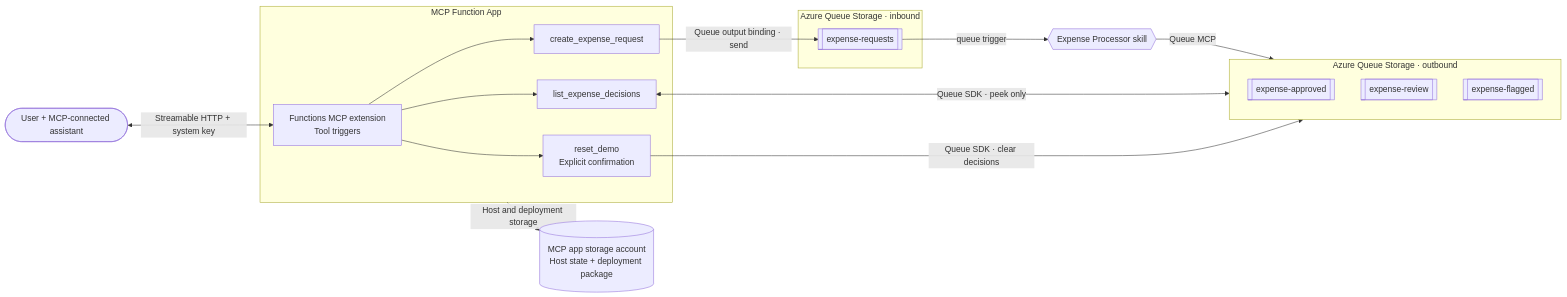
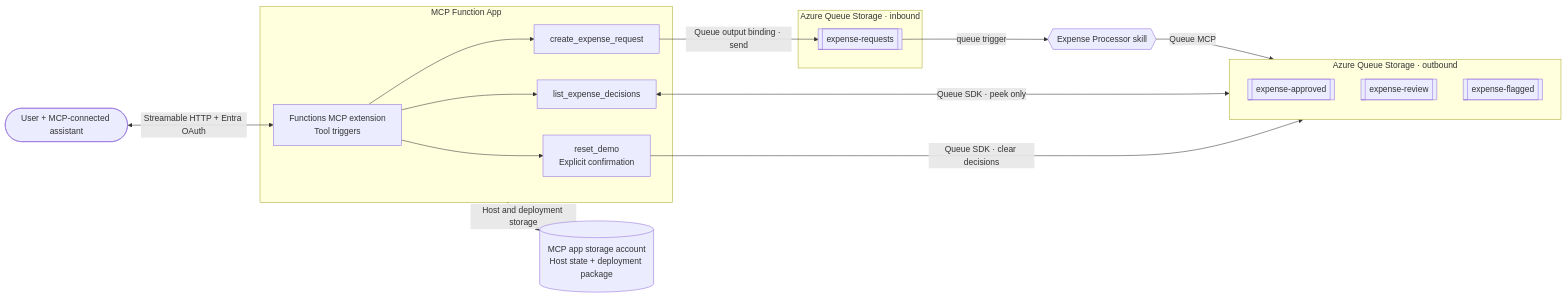
Before and after one commit to Azure-Samples/expense-processor: the diagram in docs/mcp.md, drawn with Mermaid. The commit also changed other lines of this file and 15 other files, not shown here.

````diff
--- a/docs/mcp.md
+++ b/docs/mcp.md
@@ -54,36 +62,36 @@
 ```mermaid
 flowchart LR
     user([User + MCP-connected assistant])
 
     subgraph mcp["MCP Function App"]
         endpoint["Functions MCP extension<br/>Tool triggers"]
         create["create_expense_request"]
         list["list_expense_decisions"]
         reset["reset_demo<br/>Explicit confirmation"]
         endpoint --> create
         endpoint --> list
         endpoint --> reset
     end
 
     host[("MCP app storage account<br/>Host state + deployment package")]
 
     subgraph inbound["Azure Queue Storage · inbound"]
         inq[[expense-requests]]
     end
 
     skill{{Expense Processor skill}}
 
     subgraph outbound["Azure Queue Storage · outbound"]
         approved[[expense-approved]]
         review[[expense-review]]
         flagged[[expense-flagged]]
     end
 
-    user <-->|Streamable HTTP + system key| endpoint
+    user <-->|Streamable HTTP + Entra OAuth| endpoint
     mcp -. Host and deployment storage .-> host
     create -->|Queue output binding · send| inq
     inq -->|queue trigger| skill
     skill -->|Queue MCP| outbound
     list <-->|Queue SDK · peek only| outbound
     reset -->|Queue SDK · clear decisions| outbound
 ```
````
